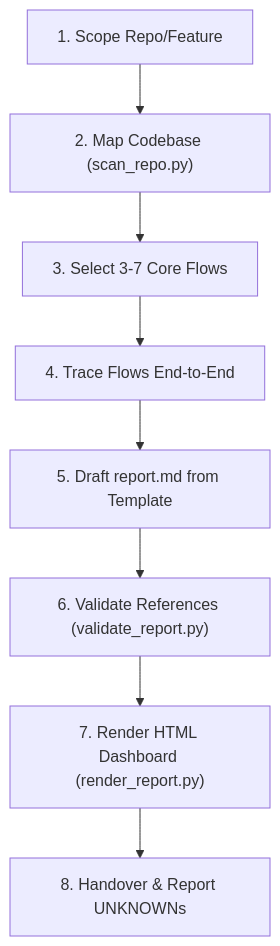
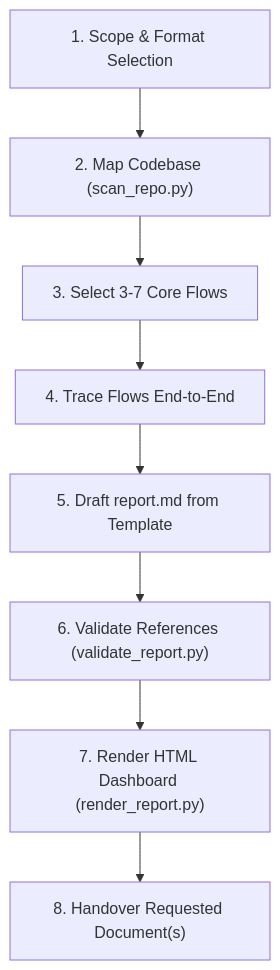
The diagram in skills/code-to-business-flow/README.md (sepsarip/agent-skills), drawn with Mermaid before and after one commit. The commit also changed other lines of this file and 2 other files, not shown here.

First line of the commit message:
feat(code-to-business-flow): add diagram pan/zoom controls and format selection

````diff
--- a/skills/code-to-business-flow/README.md
+++ b/skills/code-to-business-flow/README.md
@@ -49,10 +51,10 @@
 ```mermaid
 flowchart TD
-    S1["1. Scope Repo/Feature"] --> S2["2. Map Codebase (scan_repo.py)"]
+    S1["1. Scope & Format Selection"] --> S2["2. Map Codebase (scan_repo.py)"]
     S2 --> S3["3. Select 3-7 Core Flows"]
     S3 --> S4["4. Trace Flows End-to-End"]
     S4 --> S5["5. Draft report.md from Template"]
     S5 --> S6["6. Validate References (validate_report.py)"]
     S6 --> S7["7. Render HTML Dashboard (render_report.py)"]
-    S7 --> S8["8. Handover & Report UNKNOWNs"]
+    S7 --> S8["8. Handover Requested Document(s)"]
 ```
````
